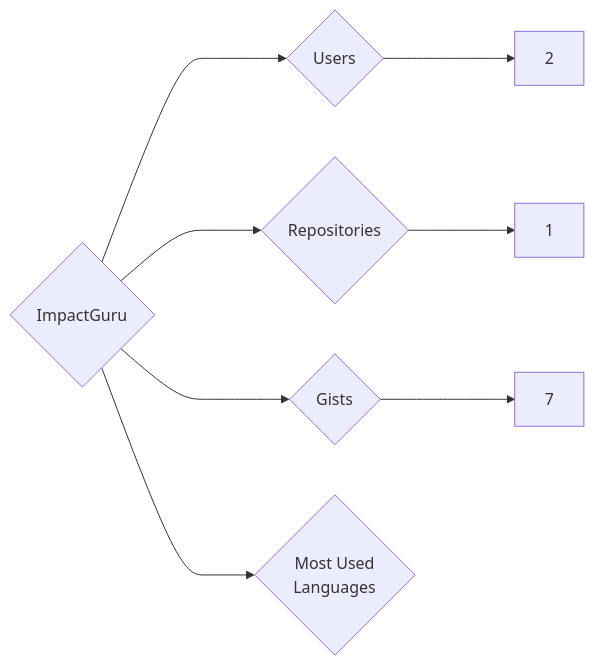
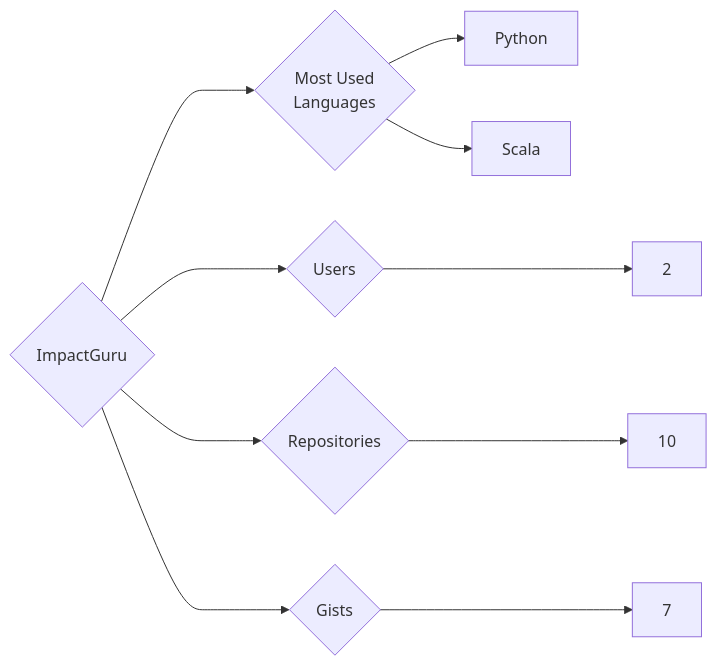
One commit to trickest/insiders changed the diagram in targets/ImpactGuru/README.md. Above: the diagram before and after it, drawn with Mermaid. The commit also changed 1078 other files, not shown here.

````diff
--- a/targets/ImpactGuru/README.md
+++ b/targets/ImpactGuru/README.md
@@ -3,8 +3,10 @@
 ```mermaid
 graph LR
 COMPANY_NAME{ImpactGuru}
 COMPANY_NAME ---> U{Users} ---> UN[2]
-COMPANY_NAME ---> R{Repositories} ---> RN[1]
+COMPANY_NAME ---> R{Repositories} ---> RN[10]
 COMPANY_NAME ---> G{Gists} ---> GN[7]
 COMPANY_NAME ---> ML{Most Used<br>Languages}
+ML --> Python[Python]
+ML --> Scala[Scala]
 ```
````
